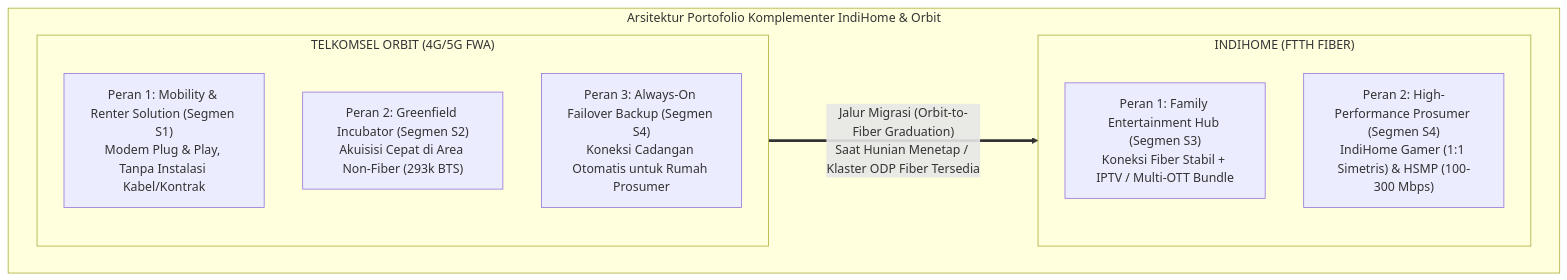
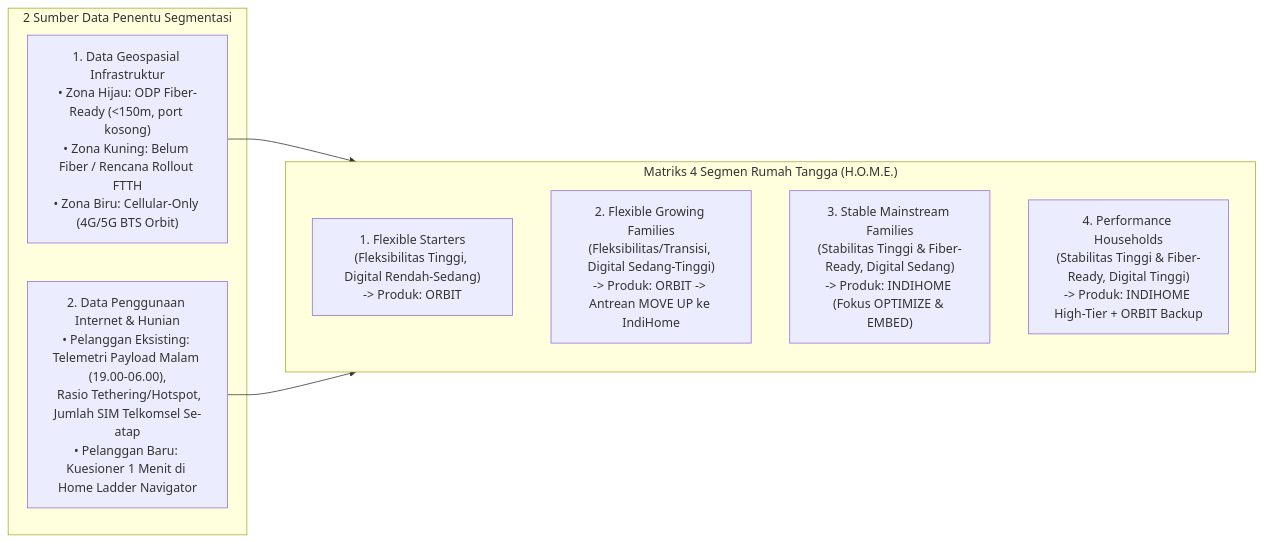
Before and after one commit to brenandapamudya1/DWDG-Minicase: the second of 3 diagrams in report/Proposed_Solution.md, drawn with Mermaid. The commit also changed other lines of this file and 6 other files, not shown here.

Commit message:
Update DWDG 2026 solution to Home Ladder (H.O.M.E.), add interactive Navigator prototype and 5-year Gantt chart

````diff
--- a/report/Proposed_Solution.md
+++ b/report/Proposed_Solution.md
@@ -99,18 +62,16 @@
 ```mermaid
-flowchart TB
-    subgraph PORTFOLIO ["Arsitektur Portofolio Komplementer IndiHome & Orbit"]
-        direction LR
-        subgraph ORBIT ["TELKOMSEL ORBIT (4G/5G FWA)"]
-            O1["Peran 1: Mobility & Renter Solution (Segmen S1)<br/>Modem Plug & Play, Tanpa Instalasi Kabel/Kontrak"]
-            O2["Peran 2: Greenfield Incubator (Segmen S2)<br/>Akuisisi Cepat di Area Non-Fiber (293k BTS)"]
-            O3["Peran 3: Always-On Failover Backup (Segmen S4)<br/>Koneksi Cadangan Otomatis untuk Rumah Prosumer"]
-        end
-
-        subgraph INDIHOME ["INDIHOME (FTTH FIBER)"]
-            I1["Peran 1: Family Entertainment Hub (Segmen S3)<br/>Koneksi Fiber Stabil + IPTV / Multi-OTT Bundle"]
-            I2["Peran 2: High-Performance Prosumer (Segmen S4)<br/>IndiHome Gamer (1:1 Simetris) & HSMP (100-300 Mbps)"]
-        end
+flowchart LR
+    subgraph INPUT ["2 Sumber Data Penentu Segmentasi"]
+        D1["1. Data Geospasial Infrastruktur<br/>• Zona Hijau: ODP Fiber-Ready (<150m, port kosong)<br/>• Zona Kuning: Belum Fiber / Rencana Rollout FTTH<br/>• Zona Biru: Cellular-Only (4G/5G BTS Orbit)"]
+        D2["2. Data Penggunaan Internet & Hunian<br/>• Pelanggan Eksisting: Telemetri Payload Malam (19.00-06.00),<br/>  Rasio Tethering/Hotspot, Jumlah SIM Telkomsel Se-atap<br/>• Pelanggan Baru: Kuesioner 1 Menit di Home Ladder Navigator"]
     end
 
-    ORBIT ===>|"Jalur Migrasi (Orbit-to-Fiber Graduation)<br/>Saat Hunian Menetap / Klaster ODP Fiber Tersedia"| INDIHOME
+    subgraph MATRIX ["Matriks 4 Segmen Rumah Tangga (H.O.M.E.)"]
+        S1["1. Flexible Starters<br/>(Fleksibilitas Tinggi, Digital Rendah-Sedang)<br/>-> Produk: ORBIT"]
+        S2["2. Flexible Growing Families<br/>(Fleksibilitas/Transisi, Digital Sedang-Tinggi)<br/>-> Produk: ORBIT -> Antrean MOVE UP ke IndiHome"]
+        S3["3. Stable Mainstream Families<br/>(Stabilitas Tinggi & Fiber-Ready, Digital Sedang)<br/>-> Produk: INDIHOME (Fokus OPTIMIZE & EMBED)"]
+        S4["4. Performance Households<br/>(Stabilitas Tinggi & Fiber-Ready, Digital Tinggi)<br/>-> Produk: INDIHOME High-Tier + ORBIT Backup"]
+    end
+
+    D1 & D2 --> MATRIX
 ```
````
